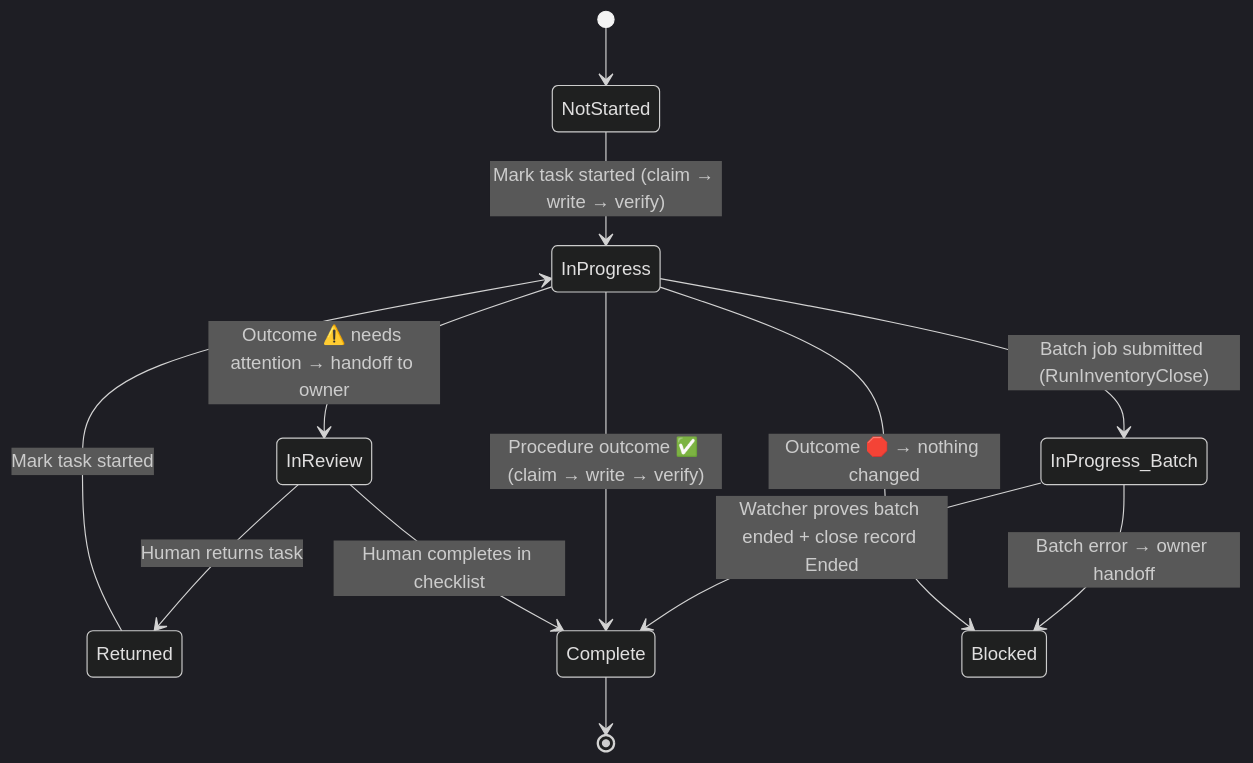
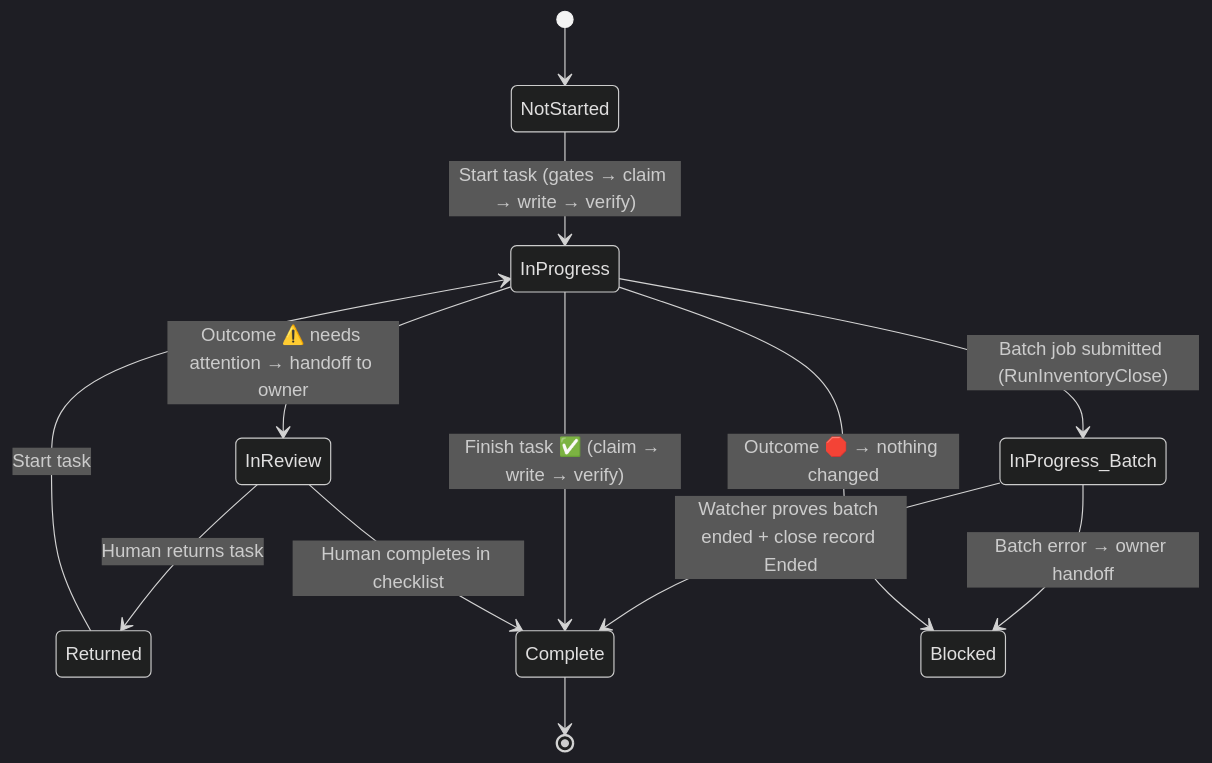
The second of 3 diagrams in samples/inventory-close-agent/README.md (arvidsto/D365_Agents), drawn with Mermaid (dark theme) before and after one commit. The commit also changed other lines of this file and 38 other files, not shown here.

````diff
--- a/samples/inventory-close-agent/README.md
+++ b/samples/inventory-close-agent/README.md
@@ -141,15 +148,15 @@
 ```mermaid
 stateDiagram-v2
     [*] --> NotStarted
-    NotStarted --> InProgress: Mark task started (claim → write → verify)
-    Returned --> InProgress: Mark task started
+    NotStarted --> InProgress: Start task (gates → claim → write → verify)
+    Returned --> InProgress: Start task
     InProgress --> InProgress_Batch: Batch job submitted (RunInventoryClose)
     InProgress_Batch --> Complete: Watcher proves batch ended + close record Ended
     InProgress_Batch --> Blocked: Batch error → owner handoff
-    InProgress --> Complete: Procedure outcome ✅ (claim → write → verify)
+    InProgress --> Complete: Finish task ✅ (claim → write → verify)
     InProgress --> InReview: Outcome ⚠️ needs attention → handoff to owner
     InProgress --> Blocked: Outcome 🛑 → nothing changed
     InReview --> Complete: Human completes in checklist
     InReview --> Returned: Human returns task
     Complete --> [*]
 ```
````
